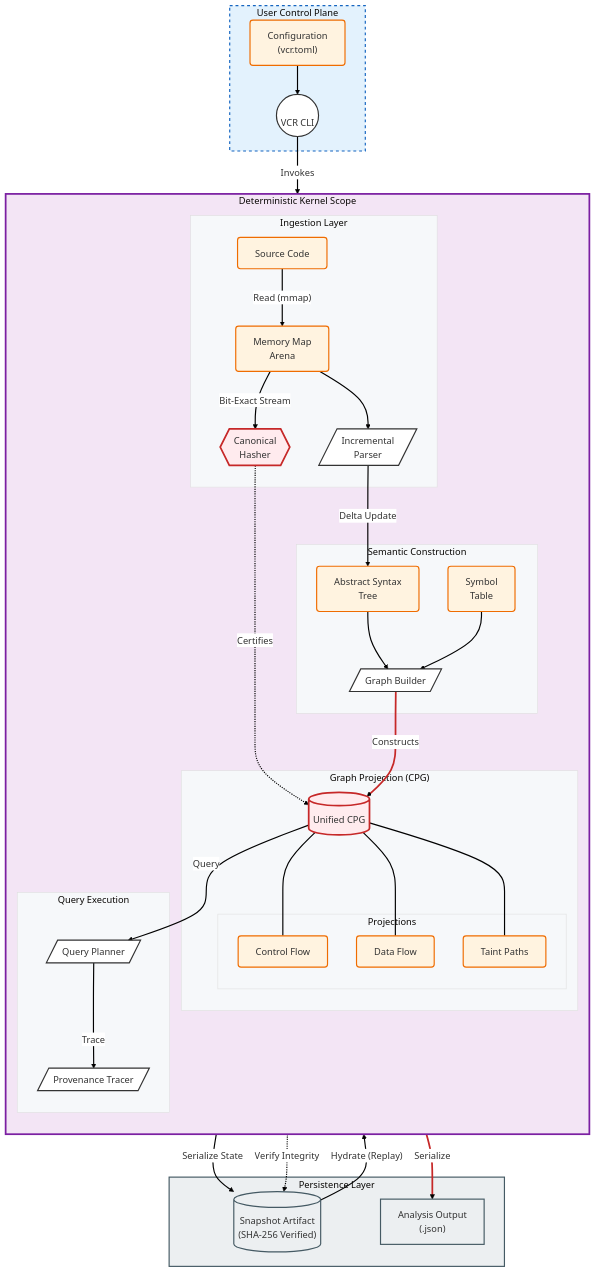
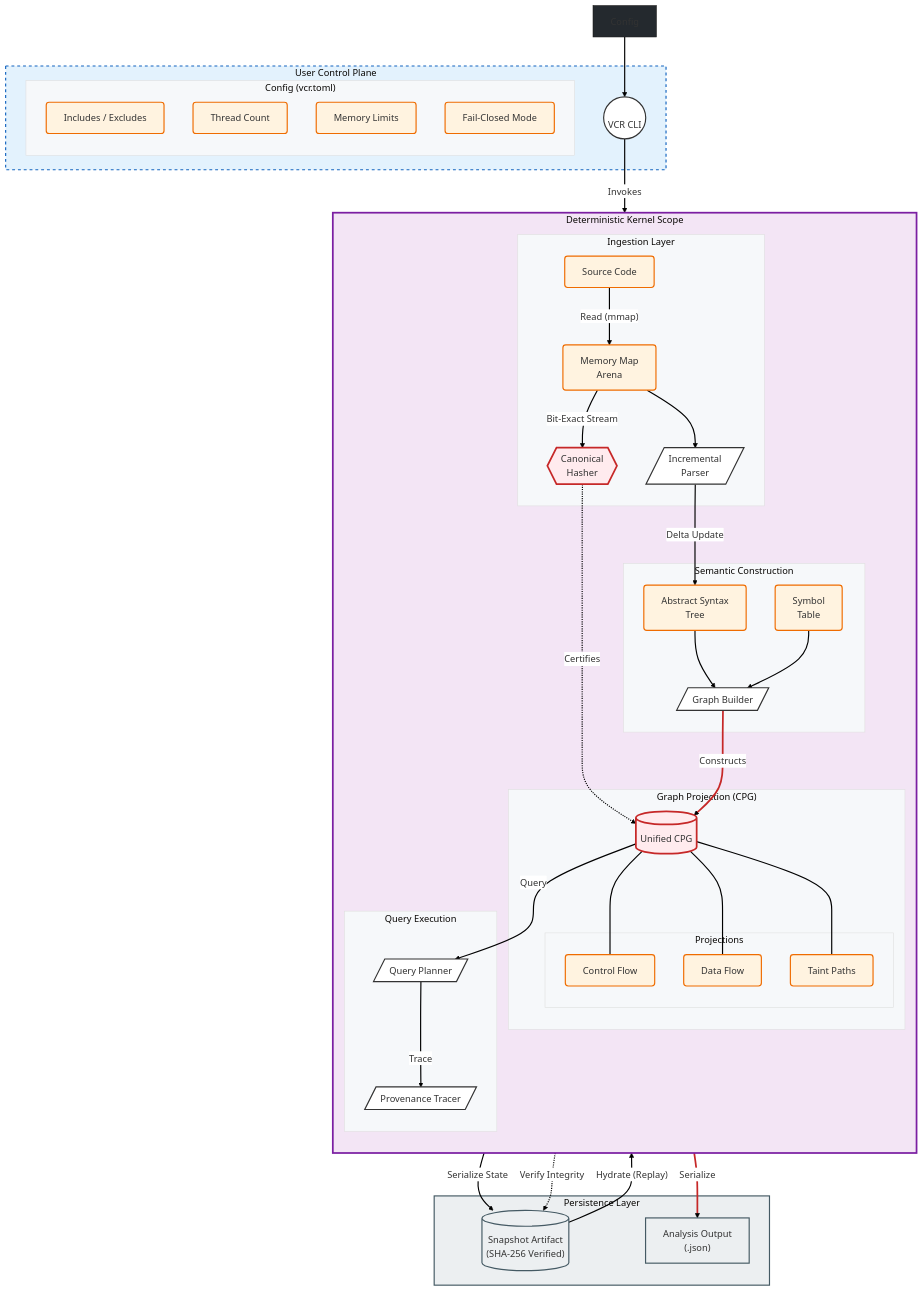
One commit to varshith-Git/vcr changed the diagram in docs/ARCHITECTURE.md. Above: the diagram before and after it, drawn with Mermaid.

Commit message:
Docs: Added Config Scope to Architecture Diagram
- Detailed 'User Control Plane' with explicit configuration options
- Added: Includes/Excludes, Thread Count, Memory Limits, Fail-Closed Mode
- Clarifies user agency vs kernel determinism.

```diff
--- a/docs/ARCHITECTURE.md
+++ b/docs/ARCHITECTURE.md
@@ -23,7 +23,14 @@
     %% --- User Space (Control Plane) ---
     subgraph UserSpace ["User Control Plane"]
         CLI(("\n    VCR CLI    \n")):::process
-        Config["Configuration\n(vcr.toml)"]:::data
+        
+        subgraph ConfigScope ["Config (vcr.toml)"]
+            direction TB
+            Params1["Includes / Excludes"]:::data
+            Params2["Thread Count"]:::data
+            Params3["Memory Limits"]:::data
+            Params4["Fail-Closed Mode"]:::data
+        end
     end
 
     %% --- Kernel Space (Data Plane) ---
```
